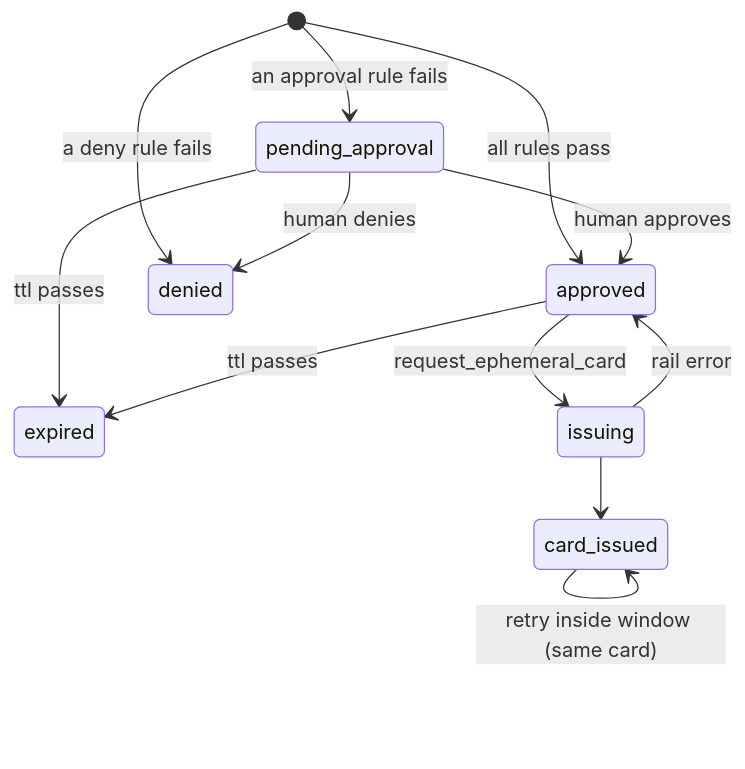
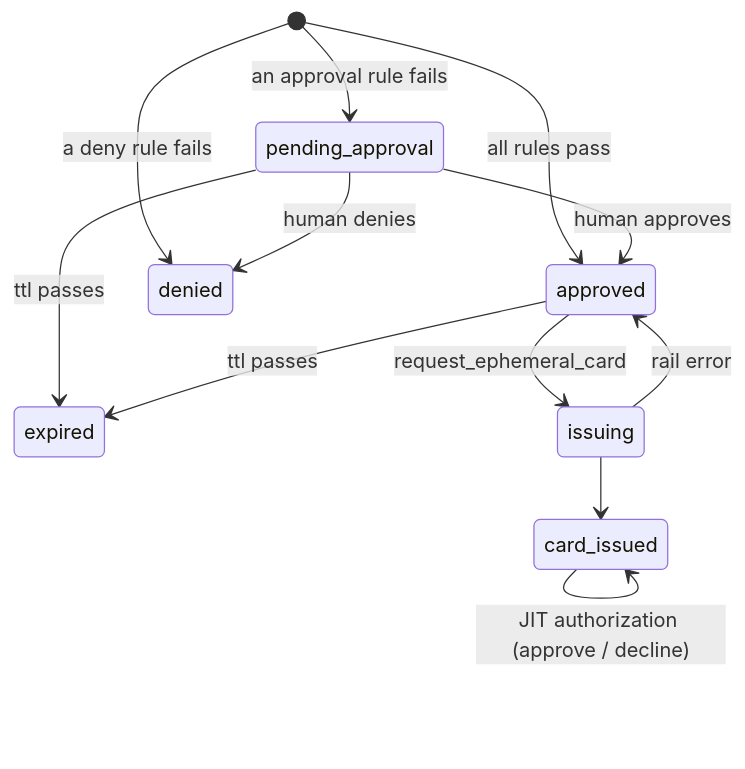
Before and after one commit to suseendar1414/pursestring: the third of 3 diagrams in docs/how-it-works.md, drawn with Mermaid. The commit also changed other lines of this file and 25 other files, not shown here.

````diff
--- a/docs/how-it-works.md
+++ b/docs/how-it-works.md
@@ -45,14 +93,15 @@
 ```mermaid
 stateDiagram-v2
   [*] --> approved: all rules pass
   [*] --> pending_approval: an approval rule fails
   [*] --> denied: a deny rule fails
   pending_approval --> approved: human approves
   pending_approval --> denied: human denies
   pending_approval --> expired: ttl passes
   approved --> issuing: request_ephemeral_card
   approved --> expired: ttl passes
   issuing --> card_issued
   issuing --> approved: rail error
   card_issued --> card_issued: retry inside window (same card)
+  card_issued --> card_issued: JIT authorization (approve / decline)
 ```
````
